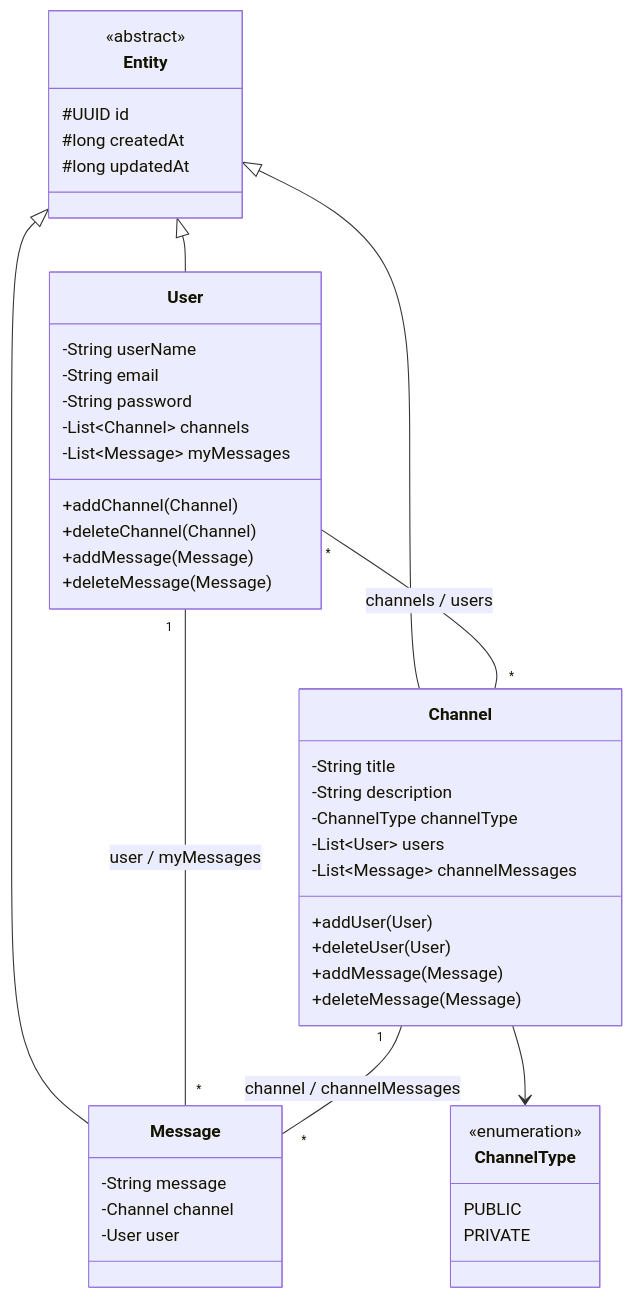
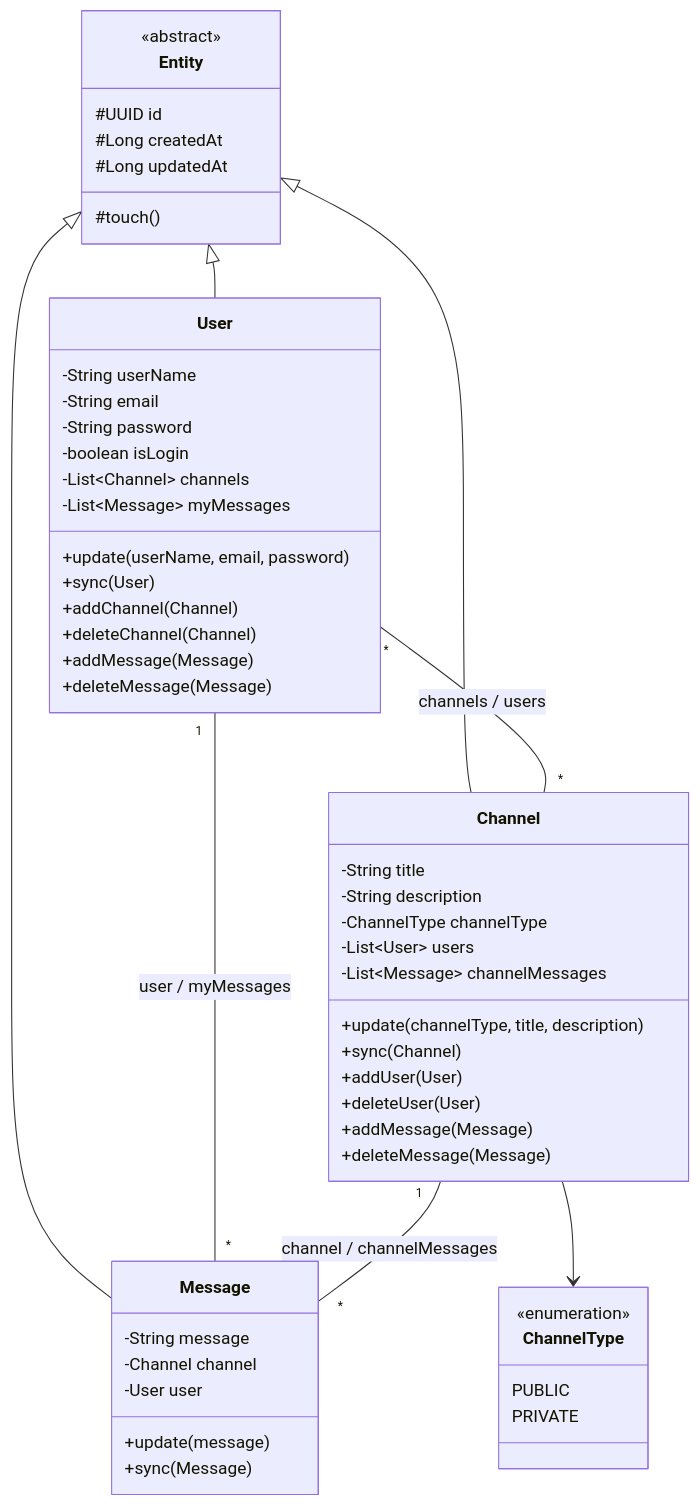
The first of 4 diagrams in README.md (codeit-bootcamp-spring/16-sprint-mission), drawn with Mermaid before and after one commit. The commit also changed other lines of this file and 1 other file, not shown here.

````diff
--- a/README.md
+++ b/README.md
@@ -55,56 +50,64 @@
 ```mermaid
 classDiagram
     direction TB
 
     class Entity {
         <<abstract>>
         #UUID id
-        #long createdAt
-        #long updatedAt
+        #Long createdAt
+        #Long updatedAt
+        #touch()
     }
 
     class User {
         -String userName
         -String email
         -String password
+        -boolean isLogin
         -List~Channel~ channels
         -List~Message~ myMessages
+        +update(userName, email, password)
+        +sync(User)
         +addChannel(Channel)
         +deleteChannel(Channel)
         +addMessage(Message)
         +deleteMessage(Message)
     }
 
     class Channel {
         -String title
         -String description
         -ChannelType channelType
         -List~User~ users
         -List~Message~ channelMessages
+        +update(channelType, title, description)
+        +sync(Channel)
         +addUser(User)
         +deleteUser(User)
         +addMessage(Message)
         +deleteMessage(Message)
     }
 
     class Message {
         -String message
         -Channel channel
         -User user
+        +update(message)
+        +sync(Message)
     }
 
     class ChannelType {
         <<enumeration>>
         PUBLIC
         PRIVATE
     }
 
     Entity <|-- User
     Entity <|-- Channel
     Entity <|-- Message
 
     User "*" -- "*" Channel : channels / users
     User "1" -- "*" Message : user / myMessages
     Channel "1" -- "*" Message : channel / channelMessages
     Channel --> ChannelType
 ```
````
